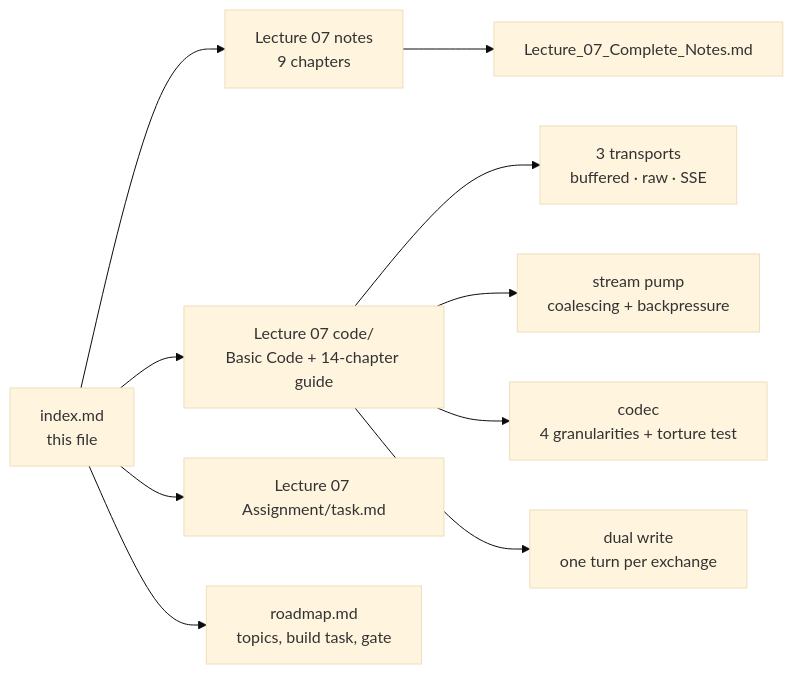
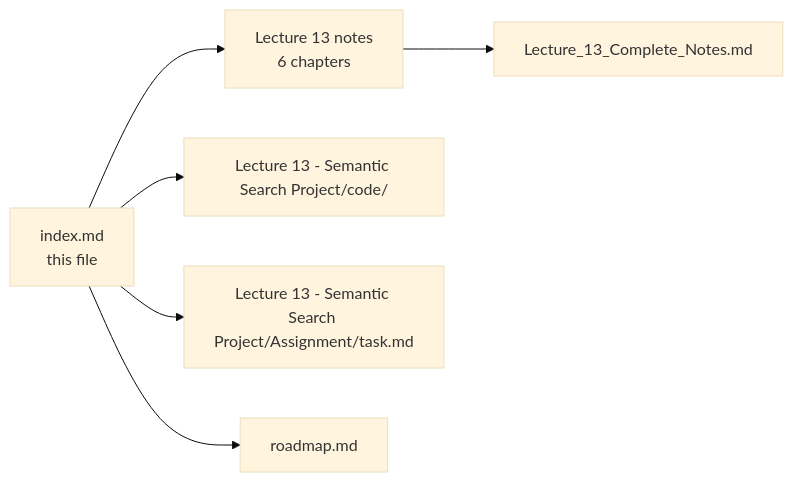
Before and after one commit to Amie-dev/FDE-and-GenAI-Mastery: diagram 13 of 24 in index.md, drawn with Mermaid (base theme). The commit also changed other lines of this file, not shown here.

Commit message:
Implement code changes to enhance functionality and improve performance

````diff
--- a/index.md
+++ b/index.md
@@ -490,12 +558,8 @@
 ```mermaid
 flowchart LR
-    IDX["index.md<br/>this file"] --> L7["Lecture 07 notes<br/>9 chapters"]
-    L7 --> CN["Lecture_07_Complete_Notes.md"]
-    IDX --> CODE["Lecture 07 code/<br/>Basic Code + 14-chapter guide"]
-    IDX --> ASG["Lecture 07 Assignment/task.md"]
-    IDX --> RM["roadmap.md<br/>topics, build task, gate"]
-    CODE --> TR["3 transports<br/>buffered · raw · SSE"]
-    CODE --> PUMP["stream pump<br/>coalescing + backpressure"]
-    CODE --> CD["codec<br/>4 granularities + torture test"]
-    CODE --> DW["dual write<br/>one turn per exchange"]
+    IDX["index.md<br/>this file"] --> L13["Lecture 13 notes<br/>6 chapters"]
+    L13 --> CN["Lecture_13_Complete_Notes.md"]
+    IDX --> CODE["Lecture 13 - Semantic Search Project/code/"]
+    IDX --> ASG["Lecture 13 - Semantic Search Project/Assignment/task.md"]
+    IDX --> RM["roadmap.md"]
 ```
````
